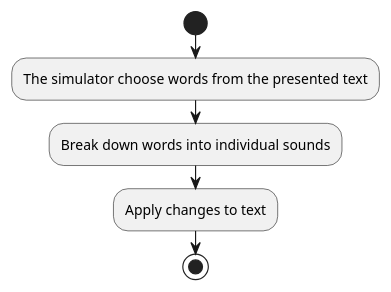
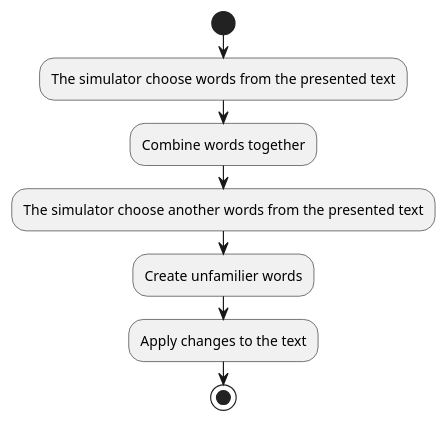
Before and after one commit to Muhammed-als/Dyslexia-Simulator: the diagram in diagrams/flow_diagrams/phonological.puml, drawn with PlantUML. The commit also changed 9 other files, not shown here.

Commit message:
flow diagrams are updated

```diff
--- a/diagrams/flow_diagrams/phonological.puml
+++ b/diagrams/flow_diagrams/phonological.puml
@@ -1,8 +1,10 @@
 @startuml Phonological
 start
 
 :The simulator choose words from the presented text;
-:Break down words into individual sounds;
-:Apply changes to text;
+:Combine words together;
+:The simulator choose another words from the presented text;
+:Create unfamilier words;
+:Apply changes to the text;
 stop
 @enduml
```
